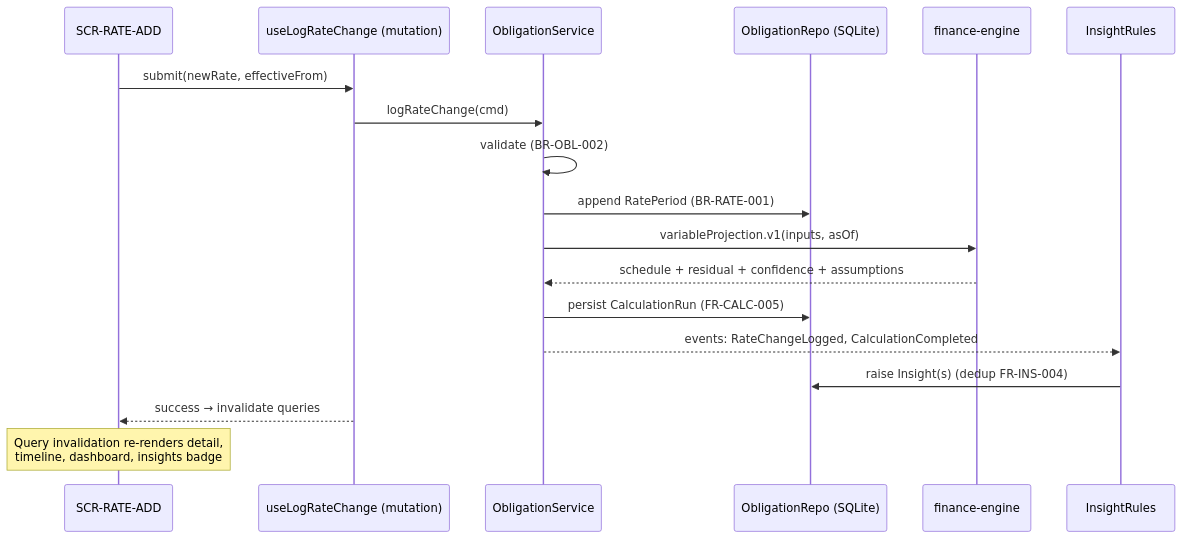
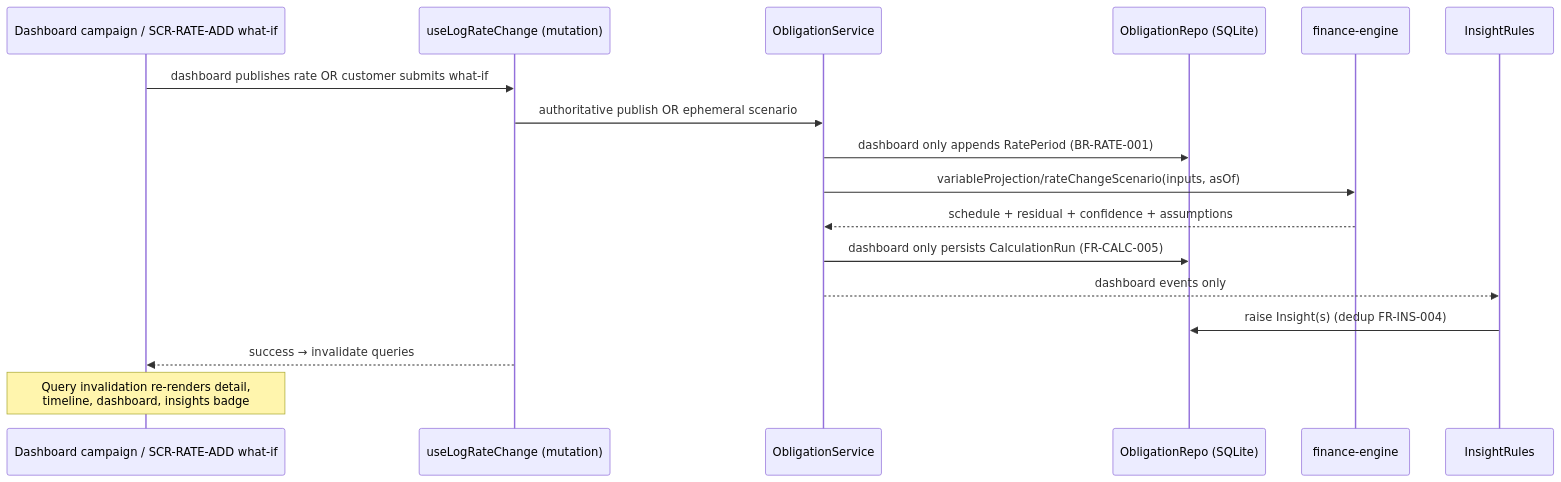
The third of 3 diagrams in docs/04-architecture/system-architecture.md (Talaljaber/Eltizamati), drawn with Mermaid before and after one commit. The commit also changed 7 other files, not shown here.

````diff
--- a/docs/04-architecture/system-architecture.md
+++ b/docs/04-architecture/system-architecture.md
@@ -68,21 +68,20 @@
 ```mermaid
 sequenceDiagram
-    participant UI as SCR-RATE-ADD
+    participant UI as Dashboard campaign / SCR-RATE-ADD what-if
     participant M as useLogRateChange (mutation)
     participant S as ObligationService
     participant R as ObligationRepo (SQLite)
     participant E as finance-engine
     participant I as InsightRules
 
-    UI->>M: submit(newRate, effectiveFrom)
-    M->>S: logRateChange(cmd)
-    S->>S: validate (BR-OBL-002)
-    S->>R: append RatePeriod (BR-RATE-001)
-    S->>E: variableProjection.v1(inputs, asOf)
+    UI->>M: dashboard publishes rate OR customer submits what-if
+    M->>S: authoritative publish OR ephemeral scenario
+    S->>R: dashboard only appends RatePeriod (BR-RATE-001)
+    S->>E: variableProjection/rateChangeScenario(inputs, asOf)
     E-->>S: schedule + residual + confidence + assumptions
-    S->>R: persist CalculationRun (FR-CALC-005)
-    S-->>I: events: RateChangeLogged, CalculationCompleted
+    S->>R: dashboard only persists CalculationRun (FR-CALC-005)
+    S-->>I: dashboard events only
     I->>R: raise Insight(s) (dedup FR-INS-004)
     M-->>UI: success → invalidate queries
     Note over UI: Query invalidation re-renders detail,<br/>timeline, dashboard, insights badge
 ```
````
